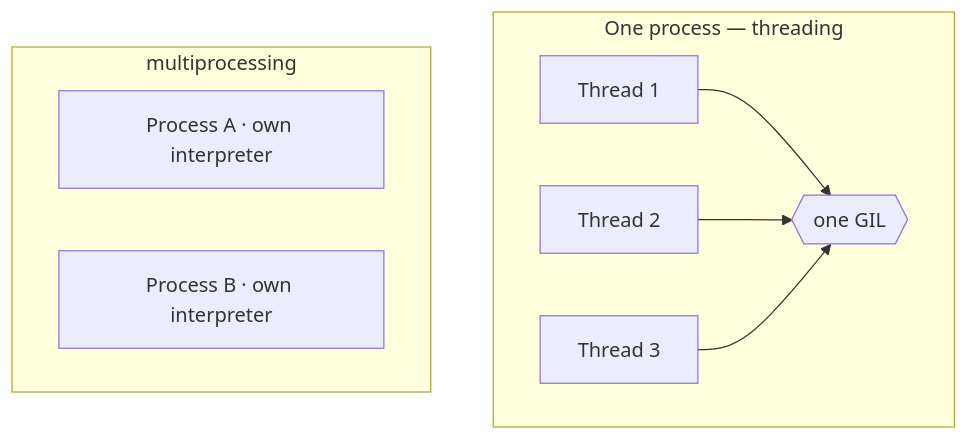
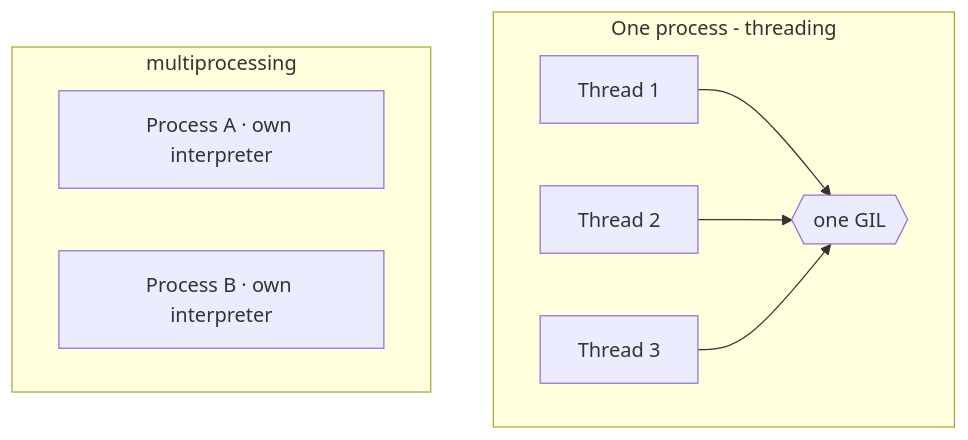
Before and after one commit to Topurrra/themissingmanual: the diagram in guides/programming-languages/python-from-zero/16-concurrency-and-the-gil.md, drawn with Mermaid. The commit also changed other lines of this file and 1072 other files, not shown here.

````diff
--- a/guides/programming-languages/python-from-zero/16-concurrency-and-the-gil.md
+++ b/guides/programming-languages/python-from-zero/16-concurrency-and-the-gil.md
@@ -93,13 +93,13 @@
 ```mermaid
 flowchart TD
-  subgraph Process["One process — threading"]
+  subgraph Process["One process - threading"]
     GIL{{one GIL}}
     T1[Thread 1] --> GIL
     T2[Thread 2] --> GIL
     T3[Thread 3] --> GIL
   end
   subgraph Procs["multiprocessing"]
     P1[Process A · own interpreter]
     P2[Process B · own interpreter]
   end
 ```
````
